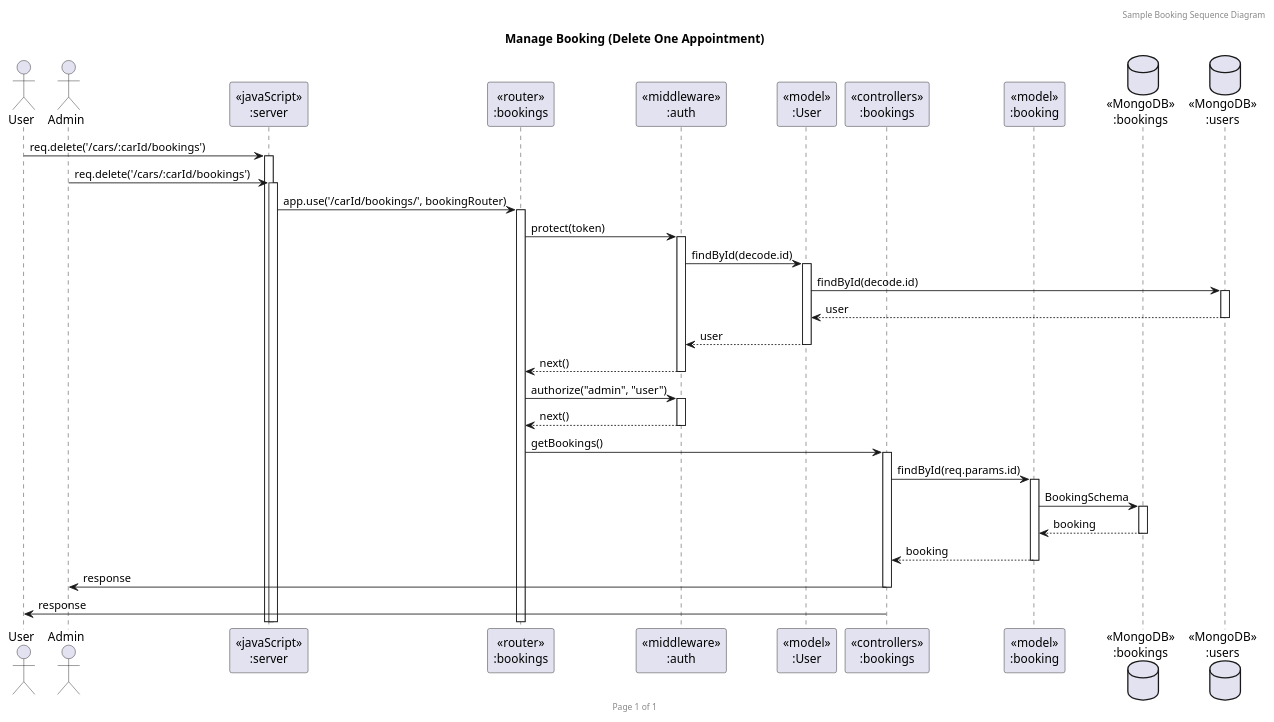
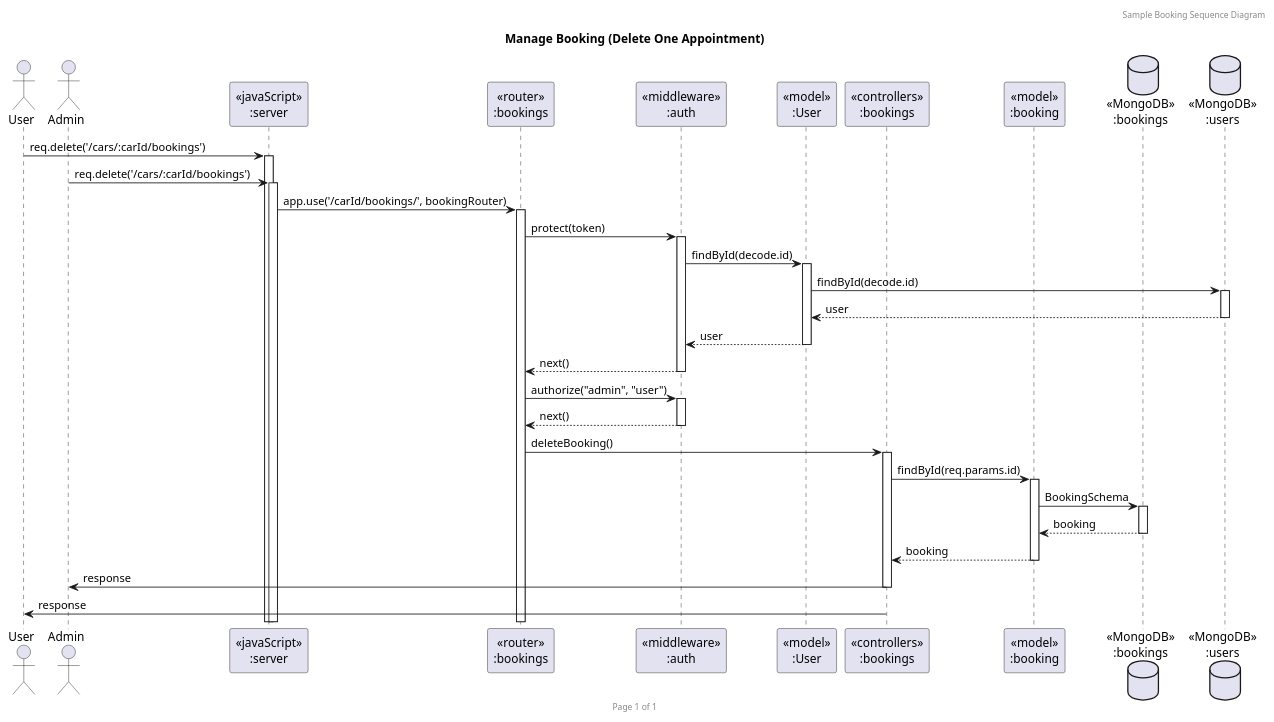
One commit to tahphalat/Backend-for-fe-project changed the diagram in documents/Sequence/Booking/Booking/6DeleteBooking.puml. Above: the diagram before and after it, drawn with PlantUML. The commit also changed 3 other files, not shown here.

Commit message:
satang change function of some plantuml diagrmas

```diff
--- a/documents/Sequence/Booking/Booking/6DeleteBooking.puml
+++ b/documents/Sequence/Booking/Booking/6DeleteBooking.puml
@@ -1,45 +1,45 @@
 @startuml Manage Booking (Delete One Appointment)
 
 header Sample Booking Sequence Diagram
 footer Page %page% of %lastpage%
 title "Manage Booking (Delete One Appointment)"
 
 ' --------------------------------------------------------------------
 actor "User" as user
 actor "Admin" as admin
 participant "<<javaScript>>\n:server" as server
 participant "<<router>>\n:bookings" as routerBookings
 participant "<<middleware>>\n:auth" as middlewareAuth
 participant "<<model>>\n:User" as modelUser
 participant "<<controllers>>\n:bookings" as controllersBookings
 participant "<<model>>\n:booking" as modelBookings
 database "<<MongoDB>>\n:bookings" as BookingsDatabase
 database "<<MongoDB>>\n:users" as UsersDatabase
 
 ' --------------------------------------------------------------------
 user -> server ++: req.delete('/cars/:carId/bookings')
 admin -> server ++: req.delete('/cars/:carId/bookings')
 
 server -> routerBookings ++: app.use('/carId/bookings/', bookingRouter)
 routerBookings -> middlewareAuth ++: protect(token)
 middlewareAuth -> modelUser ++: findById(decode.id)
 modelUser -> UsersDatabase ++: findById(decode.id)
 modelUser <-- UsersDatabase --: user
 middlewareAuth <-- modelUser --:user
 middlewareAuth --> routerBookings --: next()
 
 routerBookings -> middlewareAuth ++: authorize("admin", "user")
 routerBookings <-- middlewareAuth --: next()
 
-routerBookings -> controllersBookings ++: getBookings()
+routerBookings -> controllersBookings ++: deleteBooking()
 
 controllersBookings -> modelBookings ++: findById(req.params.id)
 
 modelBookings -> BookingsDatabase ++: BookingSchema
 BookingsDatabase --> modelBookings --: booking
 controllersBookings <-- modelBookings --: booking
 controllersBookings -> admin --: response
 controllersBookings -> user --: response
 
 ' --------------------------------------------------------------------
 @enduml
```
